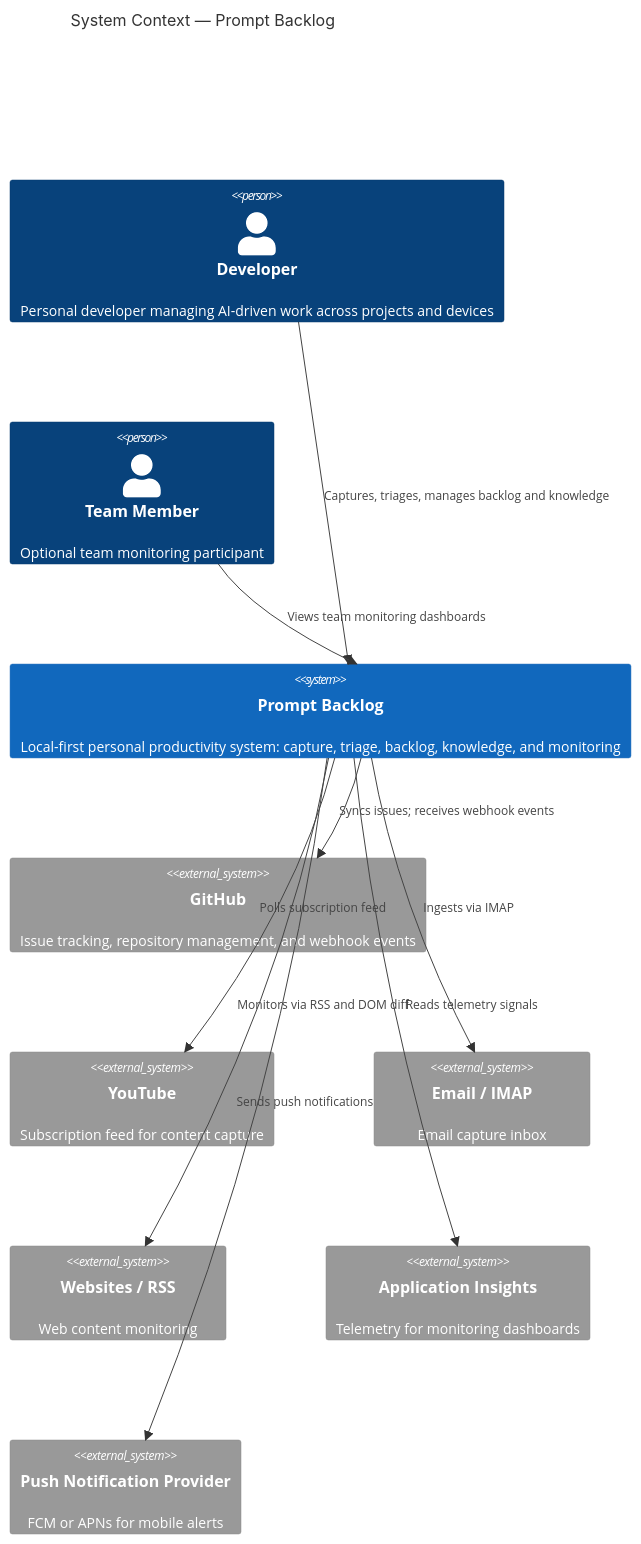
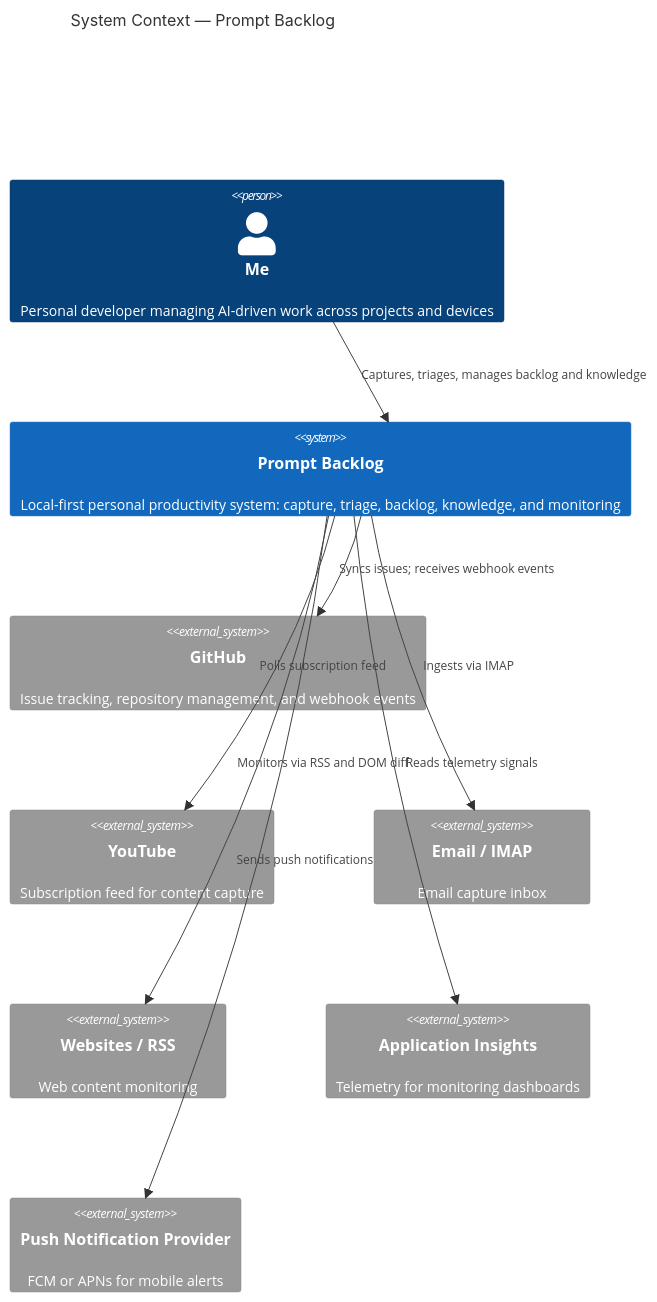
One commit to JSdotNet/Backlog changed the diagram in .arc42/03-context-and-scope.md. Above: the diagram before and after it, drawn with Mermaid. The commit also changed other lines of this file and 4 other files, not shown here.

````diff
--- a/.arc42/03-context-and-scope.md
+++ b/.arc42/03-context-and-scope.md
@@ -17,25 +17,23 @@
 ```mermaid
 C4Context
     title System Context — Prompt Backlog
 
-    Person(user, "Developer", "Personal developer managing AI-driven work across projects and devices")
-    Person(teamMember, "Team Member", "Optional team monitoring participant")
+    Person(user, "Me", "Personal developer managing AI-driven work across projects and devices")
 
     System(promptBacklog, "Prompt Backlog", "Local-first personal productivity system: capture, triage, backlog, knowledge, and monitoring")
 
     System_Ext(github, "GitHub", "Issue tracking, repository management, and webhook events")
     System_Ext(youtube, "YouTube", "Subscription feed for content capture")
     System_Ext(email, "Email / IMAP", "Email capture inbox")
     System_Ext(websites, "Websites / RSS", "Web content monitoring")
     System_Ext(appInsights, "Application Insights", "Telemetry for monitoring dashboards")
     System_Ext(pushProvider, "Push Notification Provider", "FCM or APNs for mobile alerts")
 
     Rel(user, promptBacklog, "Captures, triages, manages backlog and knowledge")
-    Rel(teamMember, promptBacklog, "Views team monitoring dashboards")
     Rel(promptBacklog, github, "Syncs issues; receives webhook events")
     Rel(promptBacklog, youtube, "Polls subscription feed")
     Rel(promptBacklog, email, "Ingests via IMAP")
     Rel(promptBacklog, websites, "Monitors via RSS and DOM diff")
     Rel(promptBacklog, appInsights, "Reads telemetry signals")
     Rel(promptBacklog, pushProvider, "Sends push notifications")
 ```
````
